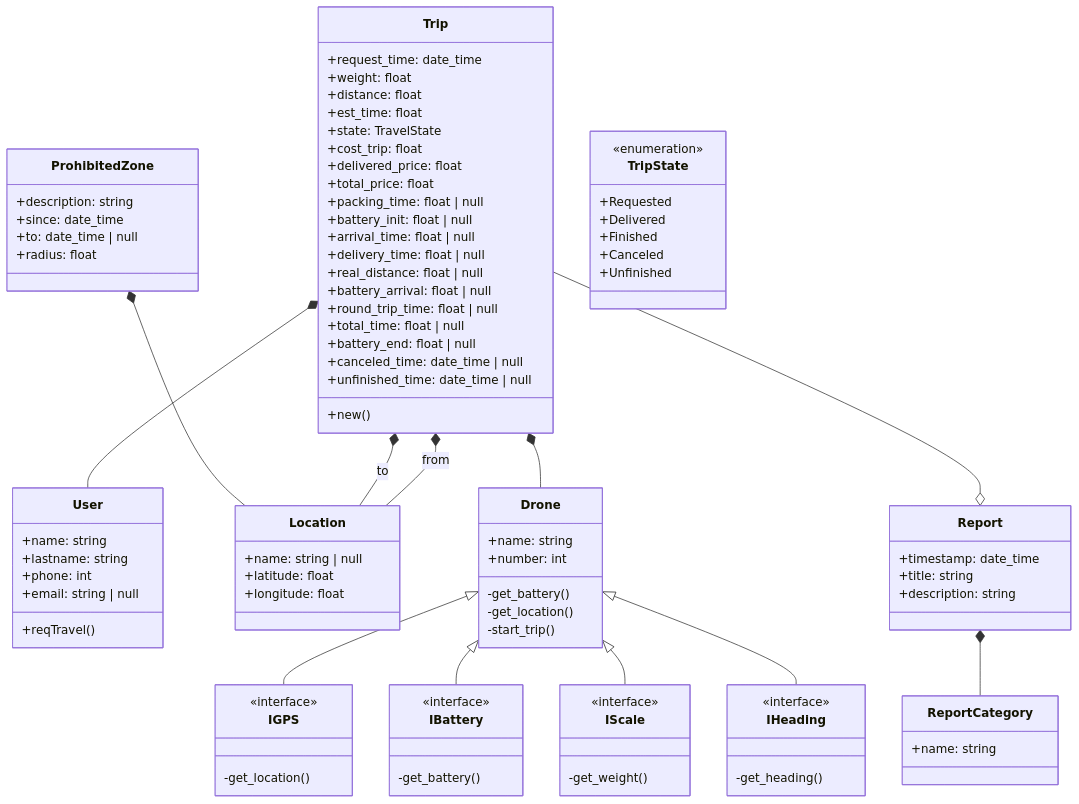
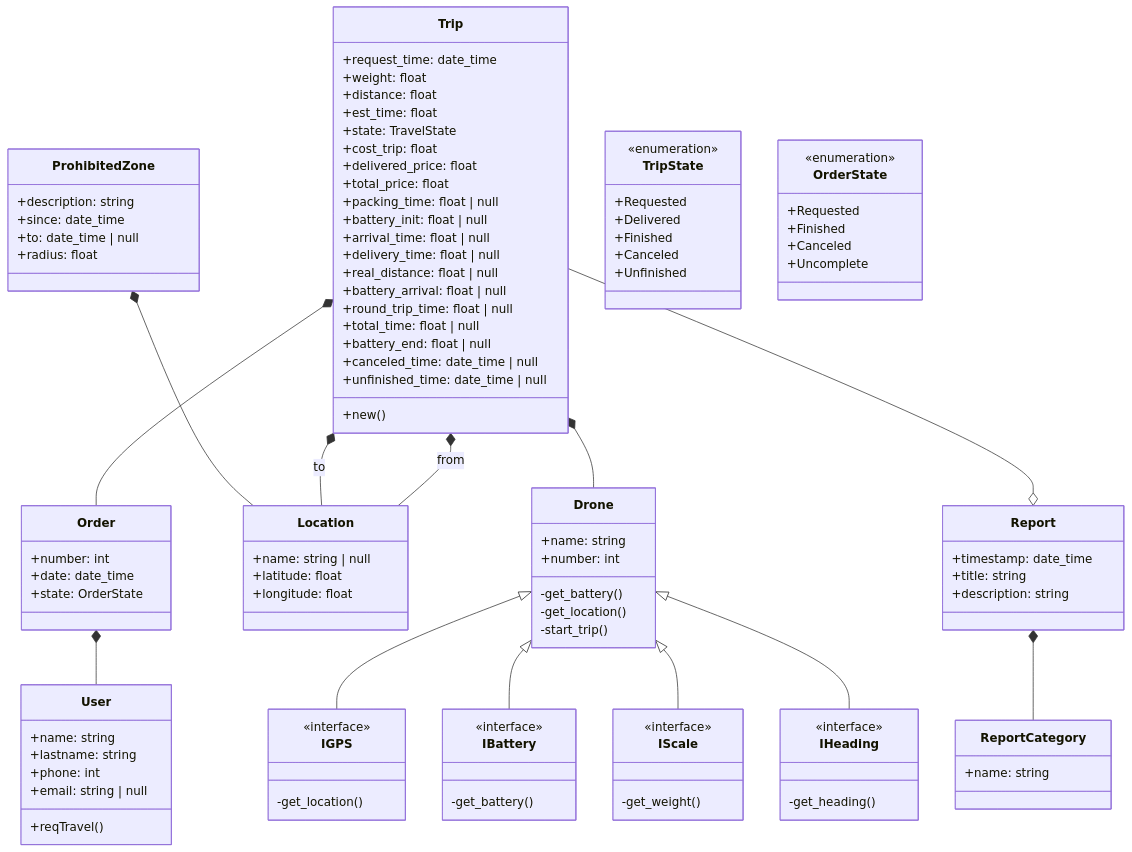
Before and after one commit to vector-sur/central-system: the first of 2 diagrams in README.md, drawn with Mermaid.

Commit message:
Modify class diagram to add Order class
Updated class diagram to include Order class and its relationship with User and Trip.

````diff
--- a/README.md
+++ b/README.md
@@ -5,8 +5,8 @@
 ```mermaid
+ classDiagram
 
-classDiagram
-
-    Trip *-- User
+    Order *-- User
+    Trip *--  Order
     Trip *-- Location : from
     Trip *-- Location : to
     Trip *-- Drone
@@ -18,6 +18,12 @@
     Report *-- ReportCategory
     ProhibitedZone *-- Location
 
+    class Order {
+        +number: int
+        +date: date_time
+        +state: OrderState
+    }
+    
     class Trip {
         +request_time: date_time
         +weight: float
@@ -92,6 +98,14 @@
         +Unfinished
     }
 
+    class OrderState {
+        <<enumeration>>
+        +Requested
+        +Finished
+        +Canceled
+        +Uncomplete
+    }
+
     class IGPS {
         <<interface>>
         -get_location()
````
